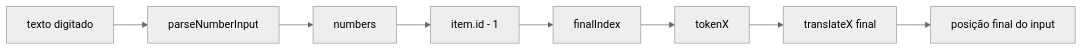
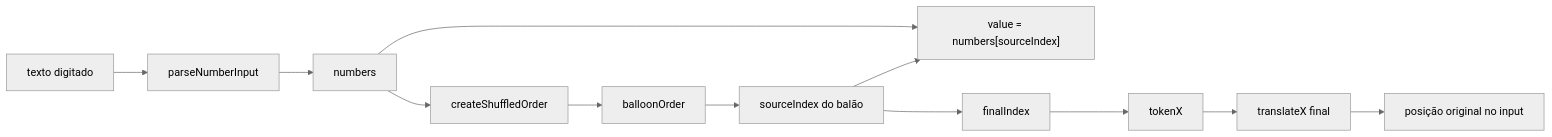
Before and after one commit to Matheussop/BalloonSequence: the third of 4 diagrams in LOGICA_DAS_ANIMACOES.md, drawn with Mermaid (neutral theme). The commit also changed other lines of this file and 4 other files, not shown here.

````diff
--- a/LOGICA_DAS_ANIMACOES.md
+++ b/LOGICA_DAS_ANIMACOES.md
@@ -1035,10 +1040,14 @@
 ```mermaid
 flowchart LR
     A["texto digitado"] --> B["parseNumberInput"]
     B --> C["numbers"]
-    C --> D["item.id - 1"]
-    D --> E["finalIndex"]
-    E --> F["tokenX"]
-    F --> G["translateX final"]
-    G --> H["posição final do input"]
+    C --> D["createShuffledOrder"]
+    D --> E["balloonOrder"]
+    E --> F["sourceIndex do balão"]
+    C --> G["value = numbers[sourceIndex]"]
+    F --> G
+    F --> H["finalIndex"]
+    H --> I["tokenX"]
+    I --> J["translateX final"]
+    J --> K["posição original no input"]
 ```
````
